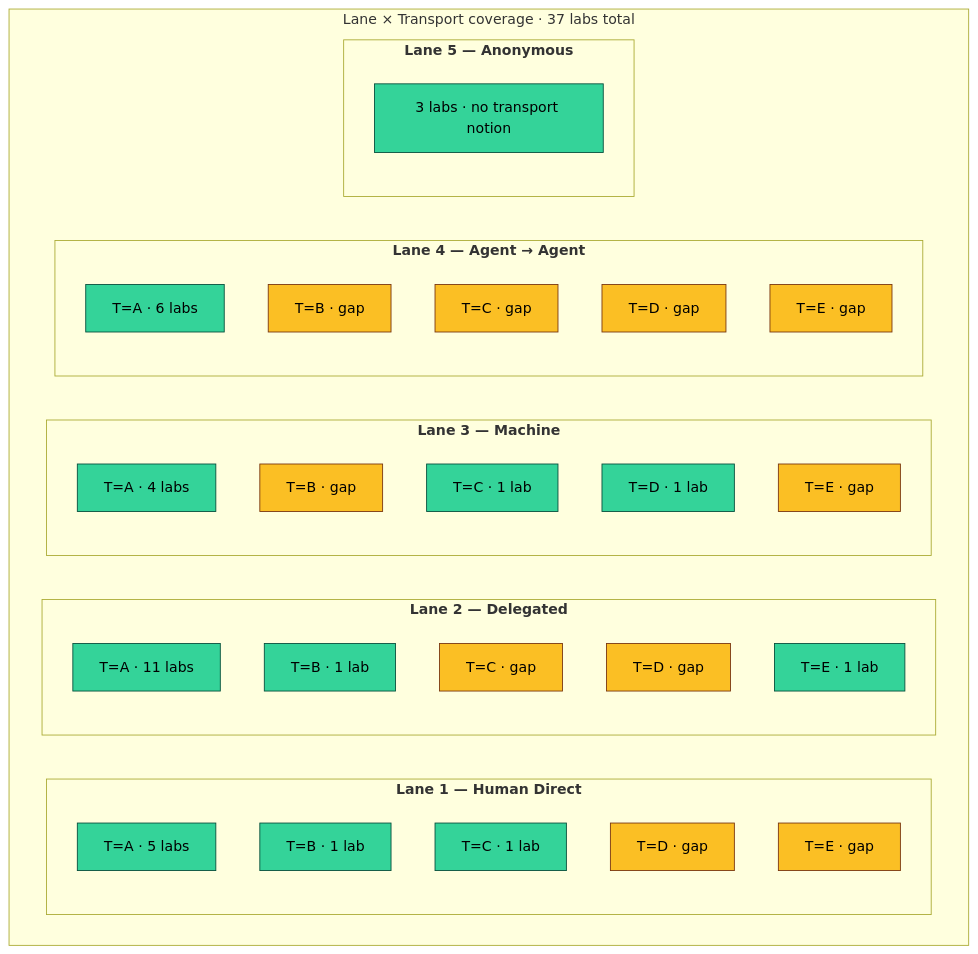
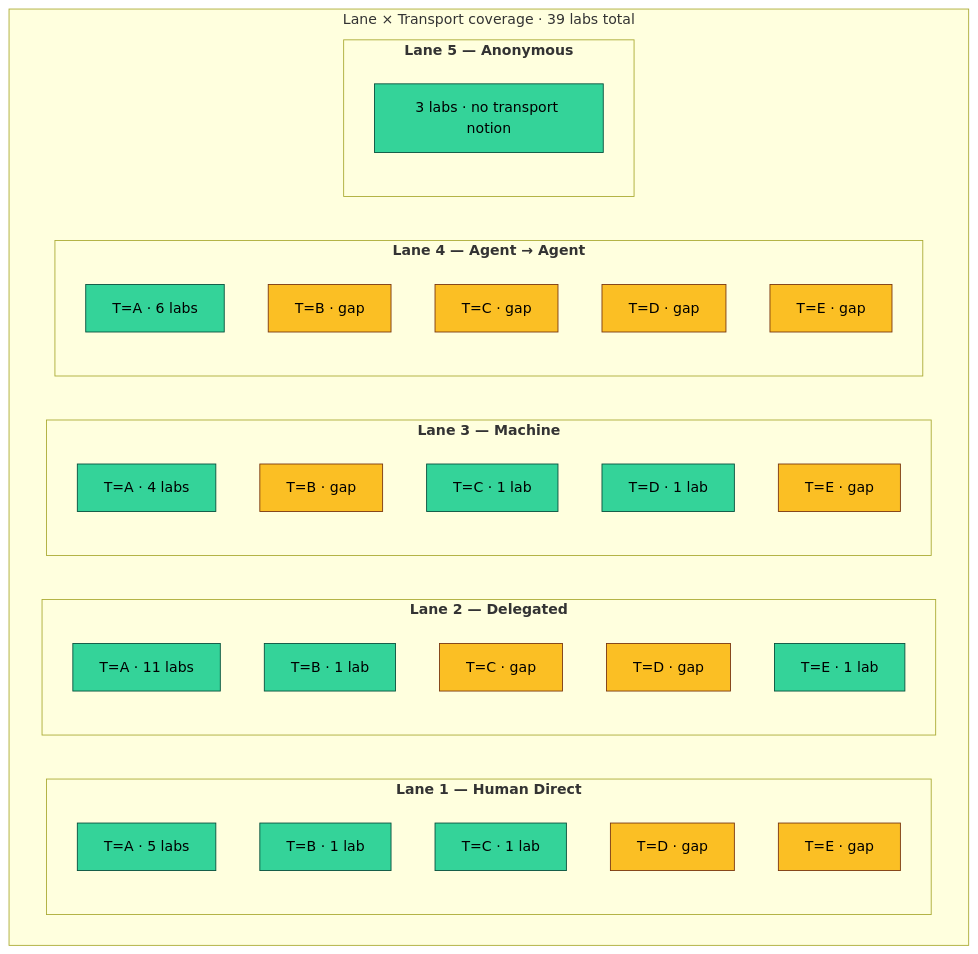
The fourth of 4 diagrams in README.md (babywyrm/agentic-sec), drawn with Mermaid before and after one commit. The commit also changed other lines of this file and 7 other files, not shown here.

````diff
--- a/README.md
+++ b/README.md
@@ -391,39 +392,39 @@
 ```mermaid
 flowchart TB
-  subgraph grid["Lane × Transport coverage · 37 labs total"]
+  subgraph grid["Lane × Transport coverage · 39 labs total"]
     direction LR
     subgraph lane1["<b>Lane 1 — Human Direct</b>"]
       L1A["T=A · 5 labs"]:::filled
       L1B["T=B · 1 lab"]:::filled
       L1C["T=C · 1 lab"]:::filled
       L1D["T=D · gap"]:::gap
       L1E["T=E · gap"]:::gap
     end
     subgraph lane2["<b>Lane 2 — Delegated</b>"]
       L2A["T=A · 11 labs"]:::filled
       L2B["T=B · 1 lab"]:::filled
       L2C["T=C · gap"]:::gap
       L2D["T=D · gap"]:::gap
       L2E["T=E · 1 lab"]:::filled
     end
     subgraph lane3["<b>Lane 3 — Machine</b>"]
       L3A["T=A · 4 labs"]:::filled
       L3B["T=B · gap"]:::gap
       L3C["T=C · 1 lab"]:::filled
       L3D["T=D · 1 lab"]:::filled
       L3E["T=E · gap"]:::gap
     end
     subgraph lane4["<b>Lane 4 — Agent → Agent</b>"]
       L4A["T=A · 6 labs"]:::filled
       L4B["T=B · gap"]:::gap
       L4C["T=C · gap"]:::gap
       L4D["T=D · gap"]:::gap
       L4E["T=E · gap"]:::gap
     end
     subgraph lane5["<b>Lane 5 — Anonymous</b>"]
       L5["3 labs · no transport notion"]:::filled
     end
   end
   classDef filled fill:#34d399,stroke:#064e3b,color:#000;
   classDef gap    fill:#fbbf24,stroke:#78350f,color:#000;
 ```
````
